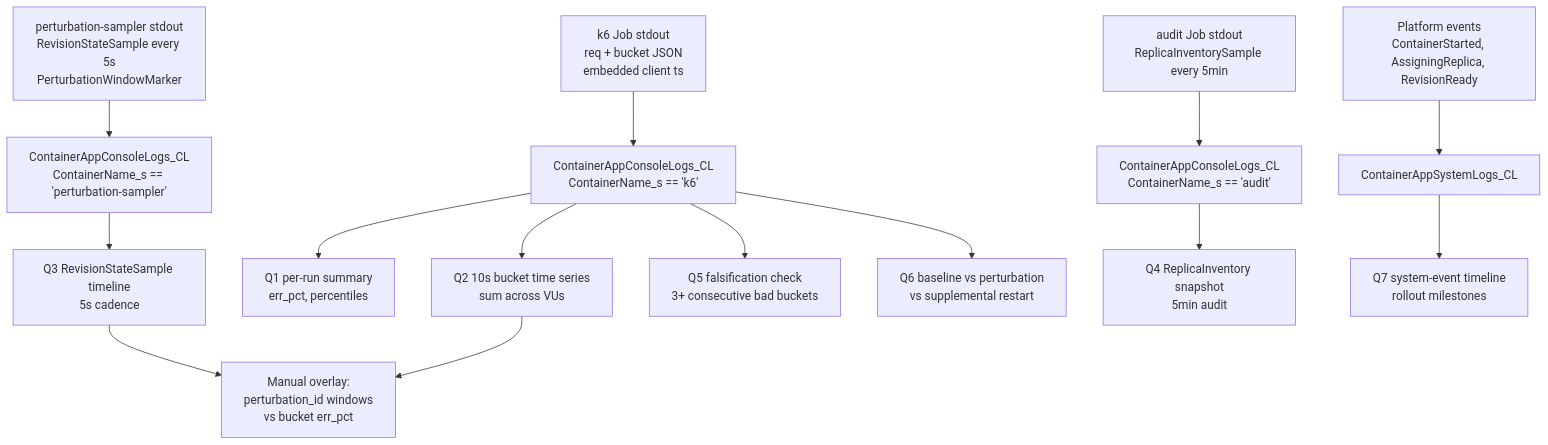
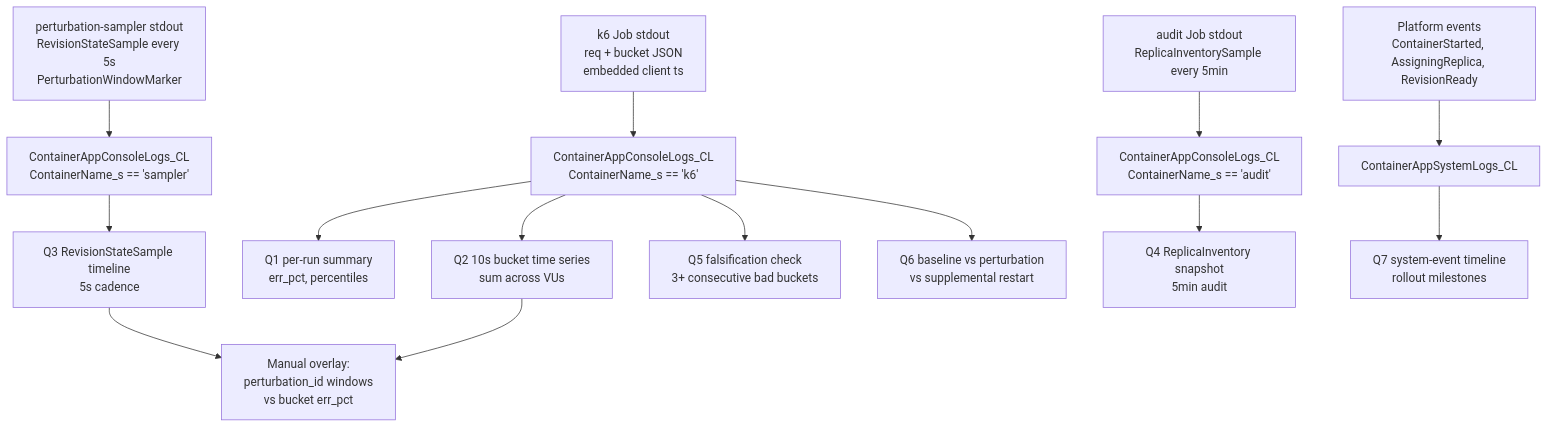
One commit to yeongseon/azure-container-apps-practical-guide changed the diagram in docs/troubleshooting/kql/scaling-and-replicas/startup-degraded-bucketed-5xx.md. Above: the diagram before and after it, drawn with Mermaid. The commit also changed other lines of this file and 2 other files, not shown here.

````diff
--- a/docs/troubleshooting/kql/scaling-and-replicas/startup-degraded-bucketed-5xx.md
+++ b/docs/troubleshooting/kql/scaling-and-replicas/startup-degraded-bucketed-5xx.md
@@ -47,16 +47,16 @@
 ```mermaid
 flowchart TD
     A[k6 Job stdout<br/>req + bucket JSON<br/>embedded client ts] --> B[ContainerAppConsoleLogs_CL<br/>ContainerName_s == 'k6']
-    C[perturbation-sampler stdout<br/>RevisionStateSample every 5s<br/>PerturbationWindowMarker] --> D[ContainerAppConsoleLogs_CL<br/>ContainerName_s == 'perturbation-sampler']
+    C[perturbation-sampler stdout<br/>RevisionStateSample every 5s<br/>PerturbationWindowMarker] --> D[ContainerAppConsoleLogs_CL<br/>ContainerName_s == 'sampler']
     E[audit Job stdout<br/>ReplicaInventorySample every 5min] --> F[ContainerAppConsoleLogs_CL<br/>ContainerName_s == 'audit']
     G[Platform events<br/>ContainerStarted, AssigningReplica, RevisionReady] --> H[ContainerAppSystemLogs_CL]
     B --> I[Q1 per-run summary<br/>err_pct, percentiles]
     B --> J[Q2 10s bucket time series<br/>sum across VUs]
     D --> K[Q3 RevisionStateSample timeline<br/>5s cadence]
     F --> L[Q4 ReplicaInventory snapshot<br/>5min audit]
     B --> M[Q5 falsification check<br/>3+ consecutive bad buckets]
     B --> N[Q6 baseline vs perturbation<br/>vs supplemental restart]
     H --> O[Q7 system-event timeline<br/>rollout milestones]
     J --> P[Manual overlay:<br/>perturbation_id windows<br/>vs bucket err_pct]
     K --> P
 ```
````
